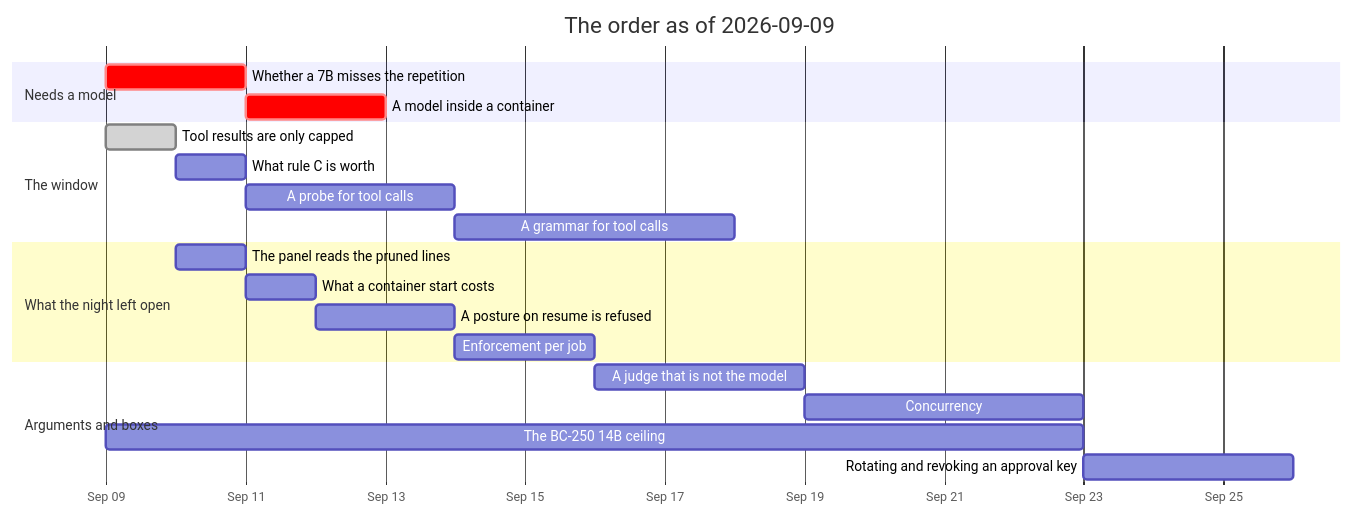
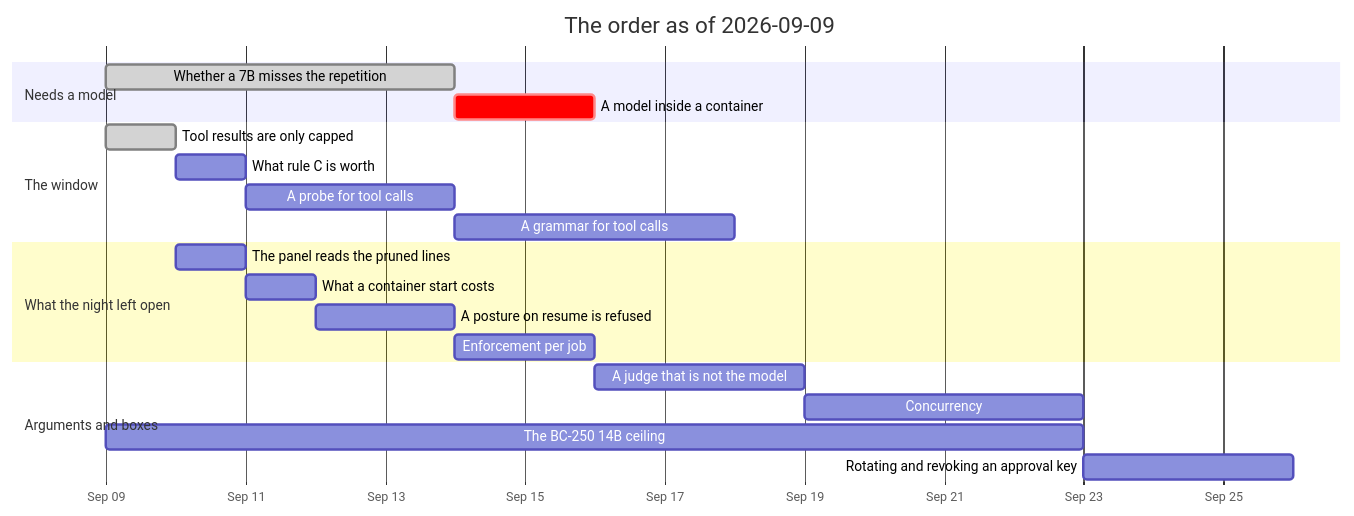
The diagram in ROADMAP/2026-09-09/README.md (jgermade/luu), drawn with Mermaid before and after one commit. The commit also changed other lines of this file and 7 other files, not shown here.

First line of the commit message:
Whether a 7B misses the repetition: measured, and it does not

````diff
--- a/ROADMAP/2026-09-09/README.md
+++ b/ROADMAP/2026-09-09/README.md
@@ -84,24 +85,24 @@
 ```mermaid
 gantt
     title The order as of 2026-09-09
     dateFormat YYYY-MM-DD
     axisFormat %b %d
     section Needs a model
-    Whether a 7B misses the repetition     :crit, rep, 2026-09-09, 2d
+    Whether a 7B misses the repetition     :done, rep, 2026-09-09, 5d
     A model inside a container             :crit, ctr, after rep, 2d
     section The window
     Tool results are only capped           :done, steps, 2026-09-09, 1d
     What rule C is worth                   :worth, after steps, 1d
     A probe for tool calls                 :probe, after worth, 3d
     A grammar for tool calls               :gbnf, after probe, 4d
     section What the night left open
     The panel reads the pruned lines       :trace, after steps, 1d
     What a container start costs           :cost, after trace, 1d
     A posture on resume is refused         :posture, after cost, 2d
     Enforcement per job                    :enf, after posture, 2d
     section Arguments and boxes
     A judge that is not the model          :judge, after enf, 3d
     Concurrency                            :conc, after judge, 4d
     The BC-250 14B ceiling                 :bc250, 2026-09-09, 14d
     Rotating and revoking an approval key  :keys, after conc, 3d
 ```
````
